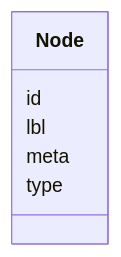
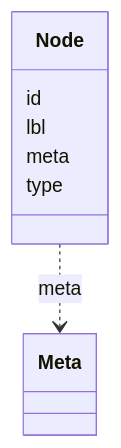
The diagram in docs/datamodels/obograph/Node.md (INCATools/ontology-access-kit), drawn with Mermaid before and after one commit. The commit also changed other lines of this file and 521 other files, not shown here.

````diff
--- a/docs/datamodels/obograph/Node.md
+++ b/docs/datamodels/obograph/Node.md
@@ -8,9 +11,15 @@
 ```{mermaid}
  classDiagram
     class Node
       Node : id
+        
       Node : lbl
+        
       Node : meta
+        
+          Node ..> Meta : meta
+        
       Node : type
+        
       
 ```
````
